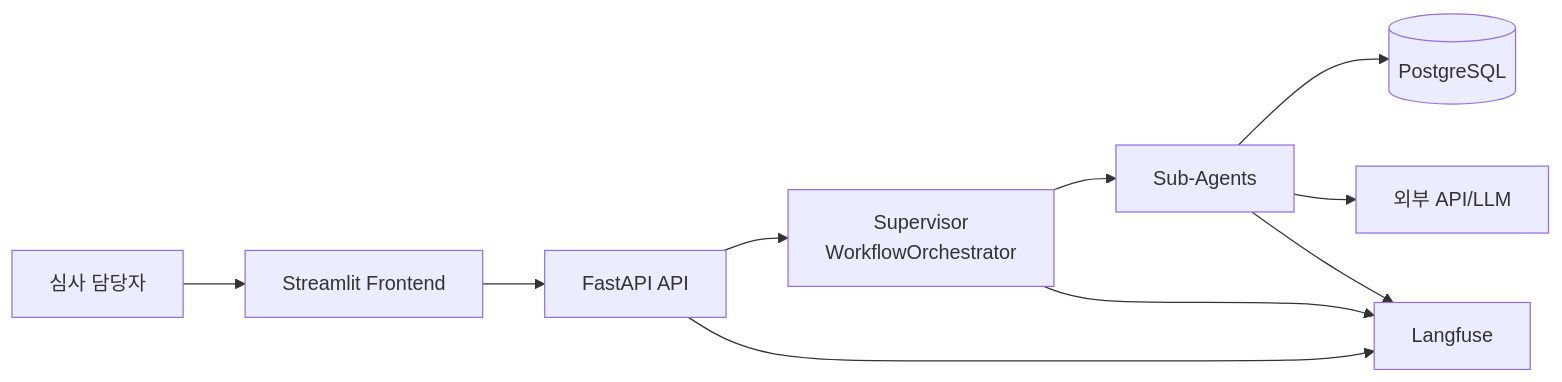
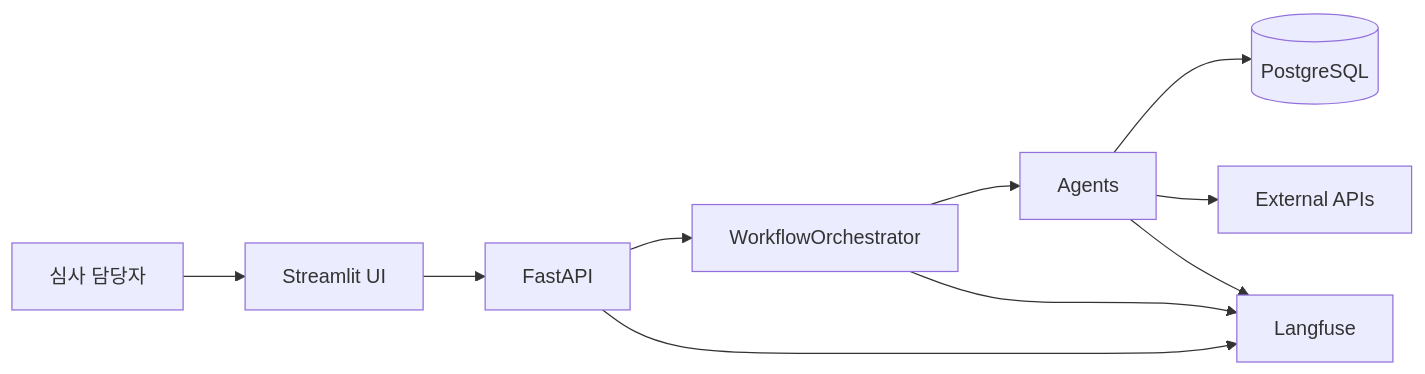
Before and after one commit to hypoxisaurea/FinAgent-SME: the diagram in docs/design/component-design.md, drawn with Mermaid. The commit also changed other lines of this file and 16 other files, not shown here.

````diff
--- a/docs/design/component-design.md
+++ b/docs/design/component-design.md
@@ -14,21 +14,21 @@
 ```mermaid
 flowchart LR
     User[심사 담당자]
-    UI[Streamlit Frontend]
-    API[FastAPI API]
-    SUP[Supervisor<br/>WorkflowOrchestrator]
-    AGENTS[Sub-Agents]
+    UI[Streamlit UI]
+    API[FastAPI]
+    ORCH[WorkflowOrchestrator]
+    AGENTS[Agents]
     DATA[(PostgreSQL)]
-    EXT[외부 API/LLM]
+    EXT[External APIs]
     OBS[Langfuse]
 
     User --> UI
     UI --> API
-    API --> SUP
-    SUP --> AGENTS
+    API --> ORCH
+    ORCH --> AGENTS
     AGENTS --> DATA
     AGENTS --> EXT
     API --> OBS
-    SUP --> OBS
+    ORCH --> OBS
     AGENTS --> OBS
 ```
````
